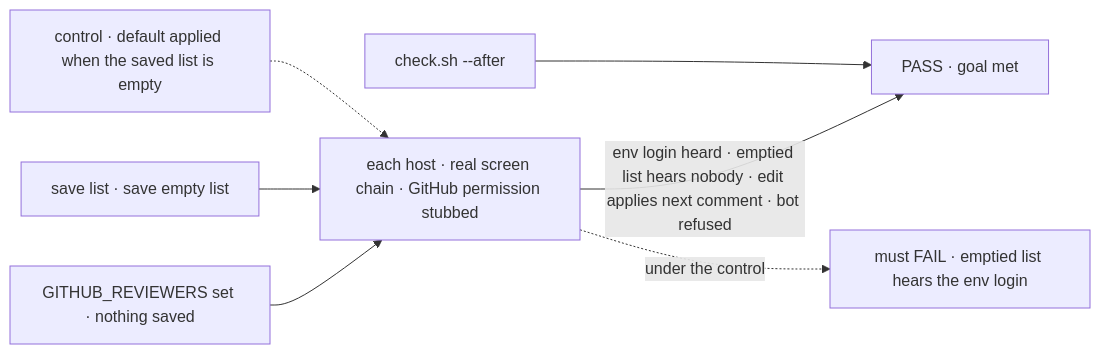
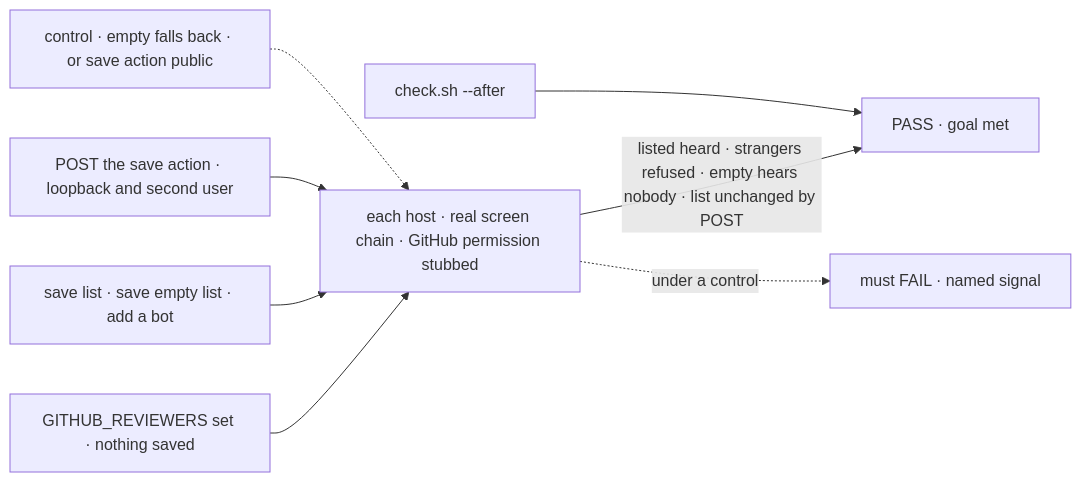
The first of 2 diagrams in specs/issues/FIX-2873/SPEC.md (fixpoint-labs/flow-state-dev), drawn with Mermaid before and after one commit. The commit also changed other lines of this file and 6 other files, not shown here.

First line of the commit message:
spec(FIX-2873): listed bots are heard; the coordinator tool is the only write

````diff
--- a/specs/issues/FIX-2873/SPEC.md
+++ b/specs/issues/FIX-2873/SPEC.md
@@ -33,9 +34,10 @@
 ```mermaid
 flowchart LR
   E["GITHUB_REVIEWERS set · nothing saved"] --> H["each host · real screen chain · GitHub permission stubbed"]
-  S["save list · save empty list"] --> H
-  H -->|"env login heard · emptied list hears nobody · edit applies next comment · bot refused"| P["PASS · goal met"]
-  C["control · default applied when the saved list is empty"] -.-> H
-  H -.->|"under the control"| F["must FAIL · emptied list hears the env login"]
+  S["save list · save empty list · add a bot"] --> H
+  W["POST the save action · loopback and second user"] --> H
+  H -->|"listed heard · strangers refused · empty hears nobody · list unchanged by POST"| P["PASS · goal met"]
+  C["control · empty falls back · or save action public"] -.-> H
+  H -.->|"under a control"| F["must FAIL · named signal"]
   K["check.sh --after"] --> P
 ```
````
